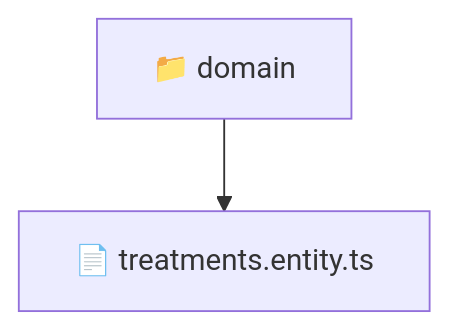
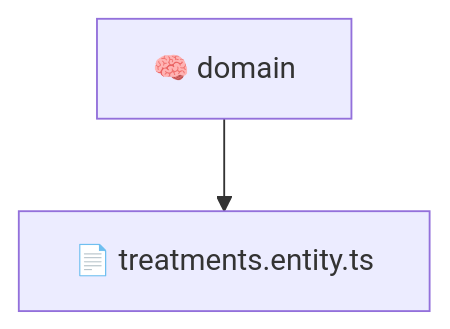
One commit to beginwebdev2002/fullstack-mavluda changed the diagram in backend/src/modules/treatments/domain/README.md. Above: the diagram before and after it, drawn with Mermaid. The commit also changed other lines of this file and 165 other files, not shown here.

First line of the commit message:
docs: generate localized architectural READMEs

````diff
--- a/backend/src/modules/treatments/domain/README.md
+++ b/backend/src/modules/treatments/domain/README.md
@@ -10,5 +9,5 @@
 ```mermaid
 graph TD
-  Root["📁 domain"]
-  Root --> treatmentsentityts["📄 treatments.entity.ts"]
+  domain["🧠 domain"]
+  domain --> treatments_entity_ts["📄 treatments.entity.ts"]
 ```
````
